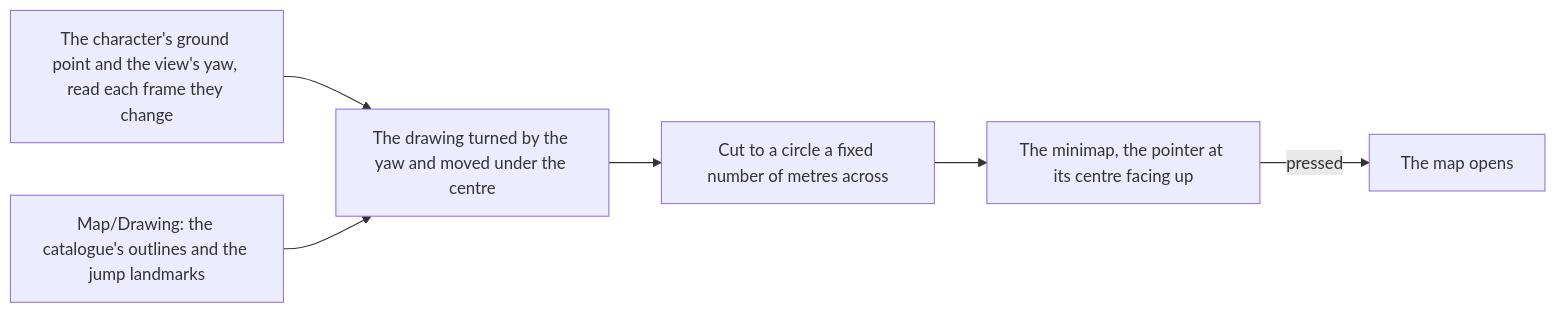
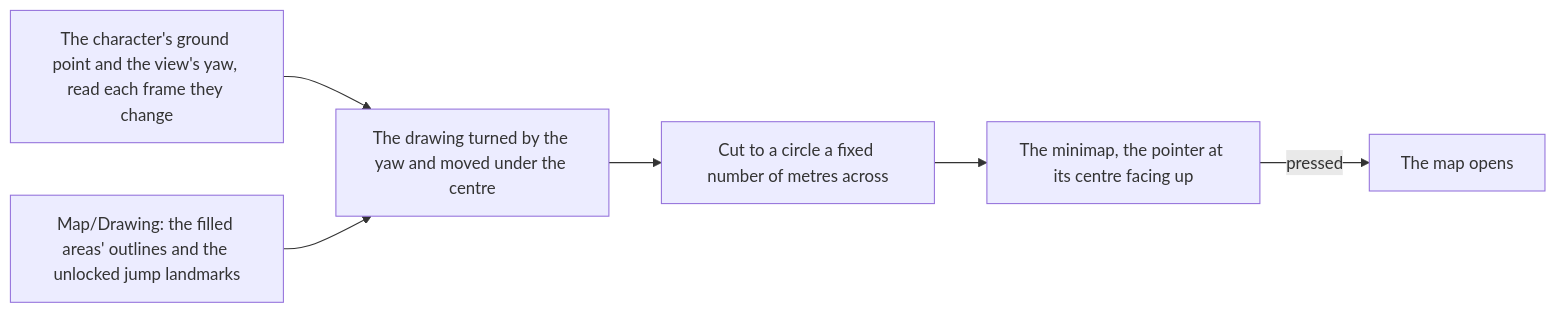
One commit to Esposter/Esposter changed the diagram in apps/web/content/docs/genshin/minimap.md. Above: the diagram before and after it, drawn with Mermaid. The commit also changed other lines of this file and 7 other files, not shown here.

First line of the commit message:
docs(genshin): map unlocking's statues are an as-built page, the proposal keeps the waypoints, their rewards and the pointer, and the map, minimap and interaction pages say a locked statue is unlocked on F

````diff
--- a/apps/web/content/docs/genshin/minimap.md
+++ b/apps/web/content/docs/genshin/minimap.md
@@ -12,8 +12,8 @@
 ```mermaid
 flowchart LR
   CAM["The character's ground point and the view's yaw, read each frame they change"] --> TURN["The drawing turned by the yaw and moved under the centre"]
-  DRAW["Map/Drawing: the catalogue's outlines and the jump landmarks"] --> TURN
+  DRAW["Map/Drawing: the filled areas' outlines and the unlocked jump landmarks"] --> TURN
   TURN --> CUT["Cut to a circle a fixed number of metres across"]
   CUT --> MINI["The minimap, the pointer at its centre facing up"]
   MINI -->|"pressed"| MAP["The map opens"]
 ```
````
